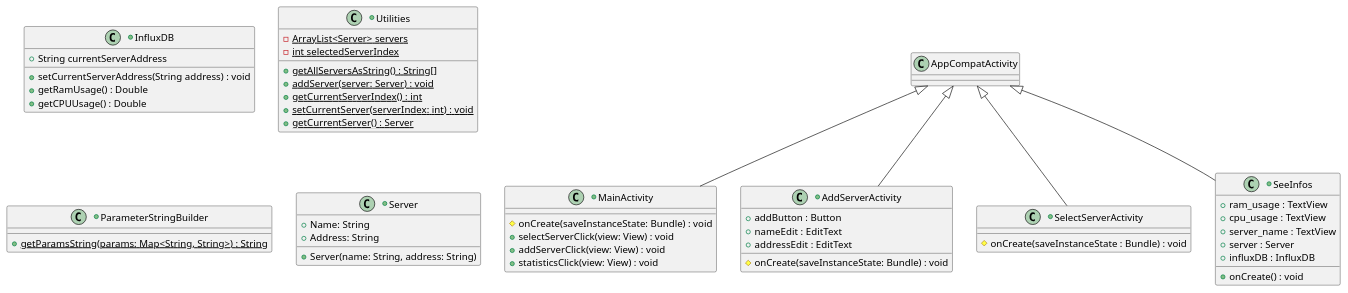
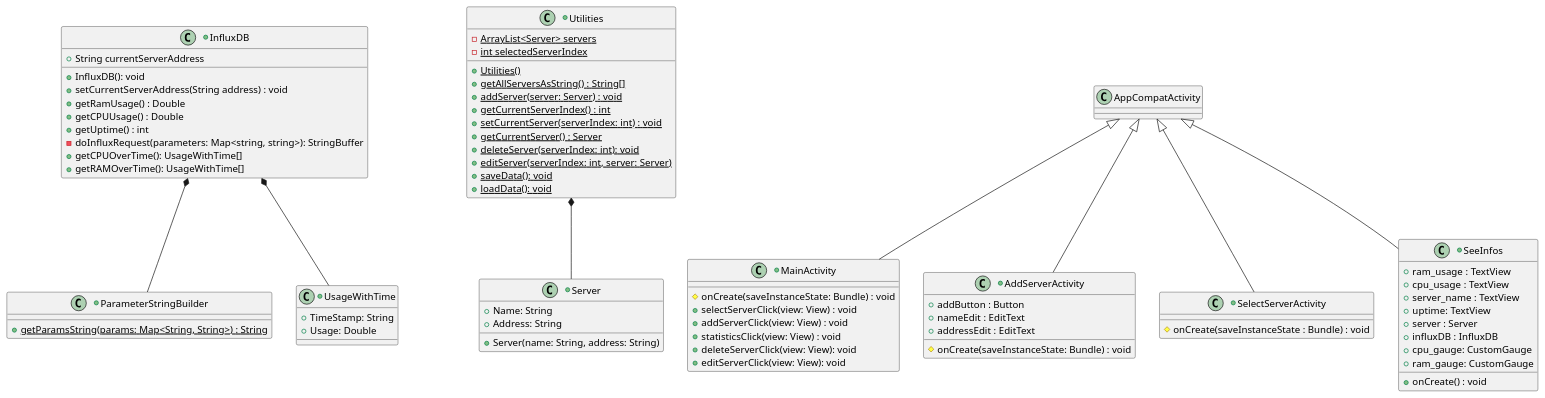
One commit to ILikeBananas/ILBSYS_android changed the diagram in doc/plantuml diagrams/src/classes.puml. Above: the diagram before and after it, drawn with PlantUML. The commit also changed 2 other files, not shown here.

```diff
--- a/doc/plantuml diagrams/src/classes.puml
+++ b/doc/plantuml diagrams/src/classes.puml
@@ -5,64 +5,87 @@
 @startuml
     +class InfluxDB {
         + String currentServerAddress
 
+        +InfluxDB(): void
         +setCurrentServerAddress(String address) : void
         +getRamUsage() : Double
         +getCPUUsage() : Double
+        +getUptime() : int
+        -doInfluxRequest(parameters: Map<string, string>): StringBuffer
+        +getCPUOverTime(): UsageWithTime[]
+        +getRAMOverTime(): UsageWithTime[]
     }
 
     +class Utilities {
         - {static} ArrayList<Server> servers
         - {static} int selectedServerIndex
+        + {static} Utilities()
         + {static} getAllServersAsString() : String[]
         + {static} addServer(server: Server) : void
         + {static} getCurrentServerIndex() : int
         + {static} setCurrentServer(serverIndex: int) : void
         + {static} getCurrentServer() : Server 
+        + {static} deleteServer(serverIndex: int): void
+        + {static} editServer(serverIndex: int, server: Server)
+        + {static} saveData(): void
+        + {static} loadData(): void
     }
 
     +class MainActivity extends AppCompatActivity {
         # onCreate(saveInstanceState: Bundle) : void
         + selectServerClick(view: View) : void
         + addServerClick(view: View) : void
         + statisticsClick(view: View) : void
+        + deleteServerClick(view: View): void
+        + editServerClick(view: View): void
     }
 
     +class AddServerActivity extends AppCompatActivity {
         + addButton : Button
         + nameEdit : EditText
         + addressEdit : EditText
 
         # onCreate(saveInstanceState: Bundle) : void
     }
 
     +class SelectServerActivity extends AppCompatActivity {
         # onCreate(saveInstanceState : Bundle) : void
     }
 
     +class SeeInfos extends AppCompatActivity {
         + ram_usage : TextView
         + cpu_usage : TextView
         + server_name : TextView
+        + uptime: TextView
         + server : Server
         + influxDB : InfluxDB
+        + cpu_gauge: CustomGauge
+        + ram_gauge: CustomGauge
 
         + onCreate() : void
     }
 
     +class ParameterStringBuilder {
         + {static} getParamsString(params: Map<String, String>) : String
     }
 
     +class Server {
         + Name: String
         + Address: String
 
         + Server(name: String, address: String)
     }
 
+    +class UsageWithTime {
+        + TimeStamp: String
+        + Usage: Double
+    }
+
+    Utilities *-- Server
+    InfluxDB *-- ParameterStringBuilder
+    InfluxDB *-- UsageWithTime
 
     
 
 
 @enduml
```
